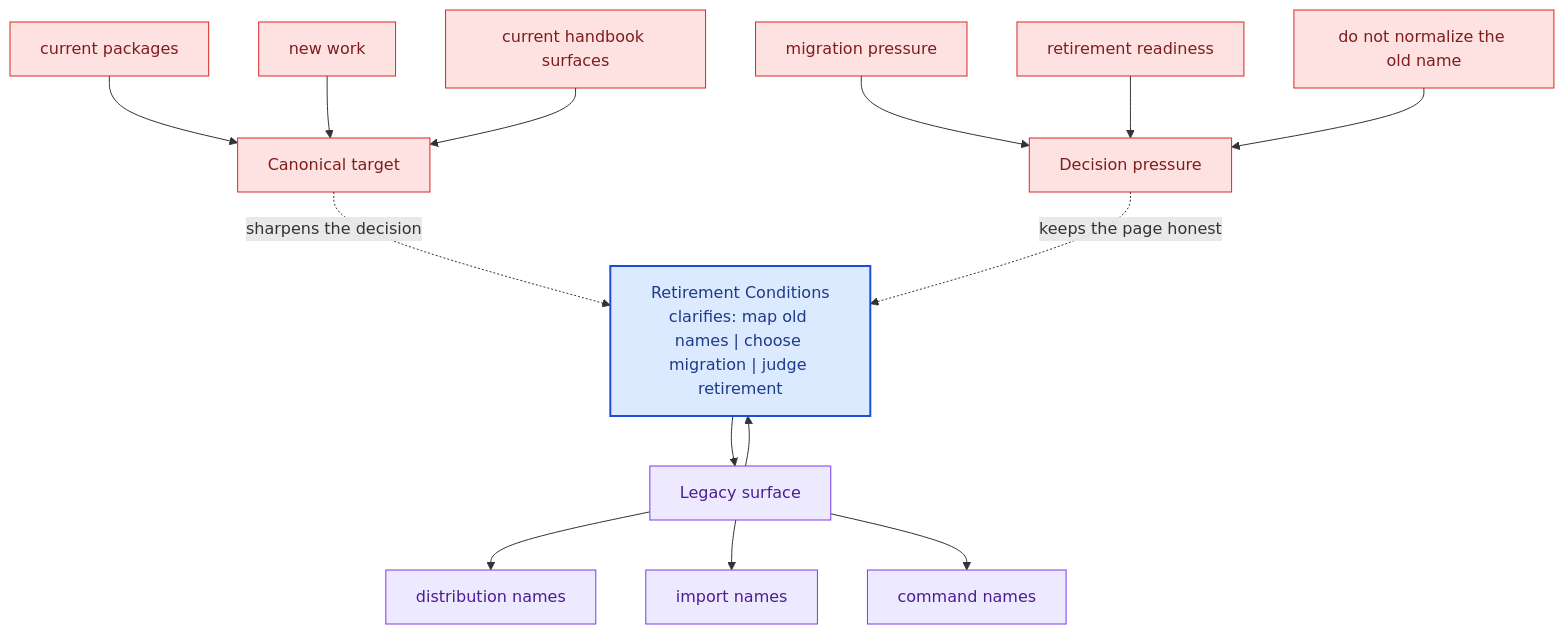
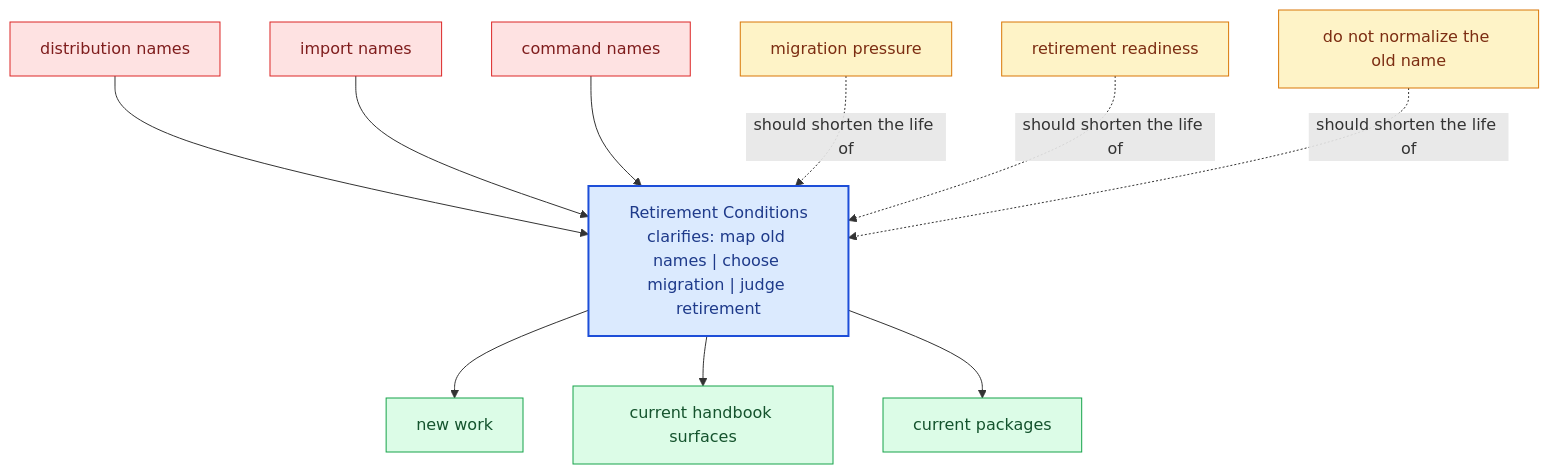
Before and after one commit to bijux/bijux-canon: the diagram in docs/compat-packages/retirement-conditions.md, drawn with Mermaid. The commit also changed other lines of this file and 281 other files, not shown here.

Commit message:
docs(diagrams): replace repeated mermaid scaffolds with page-specific summaries

````diff
--- a/docs/compat-packages/retirement-conditions.md
+++ b/docs/compat-packages/retirement-conditions.md
@@ -67,40 +22,31 @@
 ```mermaid
 flowchart TB
-    promise["Retirement Conditions<br/>clarifies: map old names | choose migration | judge retirement"]
-    classDef promise fill:#dbeafe,stroke:#1d4ed8,color:#1e3a8a,stroke-width:2px;
-    classDef driver fill:#dcfce7,stroke:#16a34a,color:#14532d;
-    classDef constraint fill:#fee2e2,stroke:#dc2626,color:#7f1d1d;
-    classDef ground fill:#ede9fe,stroke:#7c3aed,color:#4c1d95;
-    focus1["Legacy surface"]
-    focus1 --> promise
-    promise --> focus1
-    focus1_1["distribution names"]
-    focus1 --> focus1_1
-    focus1_2["import names"]
-    focus1 --> focus1_2
-    focus1_3["command names"]
-    focus1 --> focus1_3
-    class focus1 ground;
-    class focus1_1,focus1_2,focus1_3 ground;
-    focus2["Canonical target"]
-    focus2 -.sharpens the decision.-> promise
-    focus2_1["current packages"]
-    focus2_1 --> focus2
-    focus2_2["new work"]
-    focus2_2 --> focus2
-    focus2_3["current handbook surfaces"]
-    focus2_3 --> focus2
-    class focus2 constraint;
-    class focus2_1,focus2_2,focus2_3 constraint;
-    focus3["Decision pressure"]
-    focus3 -.keeps the page honest.-> promise
-    focus3_1["migration pressure"]
-    focus3_1 --> focus3
-    focus3_2["retirement readiness"]
-    focus3_2 --> focus3
-    focus3_3["do not normalize the old name"]
-    focus3_3 --> focus3
-    class focus3 constraint;
-    class focus3_1,focus3_2,focus3_3 constraint;
-    class promise promise;
+    page["Retirement Conditions<br/>clarifies: map old names | choose migration | judge retirement"]
+    classDef page fill:#dbeafe,stroke:#1d4ed8,color:#1e3a8a,stroke-width:2px;
+    classDef positive fill:#dcfce7,stroke:#16a34a,color:#14532d;
+    classDef caution fill:#fee2e2,stroke:#dc2626,color:#7f1d1d;
+    classDef anchor fill:#ede9fe,stroke:#7c3aed,color:#4c1d95;
+    classDef action fill:#fef3c7,stroke:#d97706,color:#7c2d12;
+    legacy1["distribution names"]
+    legacy1 --> page
+    legacy2["import names"]
+    legacy2 --> page
+    legacy3["command names"]
+    legacy3 --> page
+    canon1["new work"]
+    page --> canon1
+    canon2["current handbook surfaces"]
+    page --> canon2
+    canon3["current packages"]
+    page --> canon3
+    pressure1["migration pressure"]
+    pressure1 -.should shorten the life of.-> page
+    pressure2["retirement readiness"]
+    pressure2 -.should shorten the life of.-> page
+    pressure3["do not normalize the old name"]
+    pressure3 -.should shorten the life of.-> page
+    class page page;
+    class legacy1,legacy2,legacy3 caution;
+    class canon1,canon2,canon3 positive;
+    class pressure1,pressure2,pressure3 action;
 ```
````
